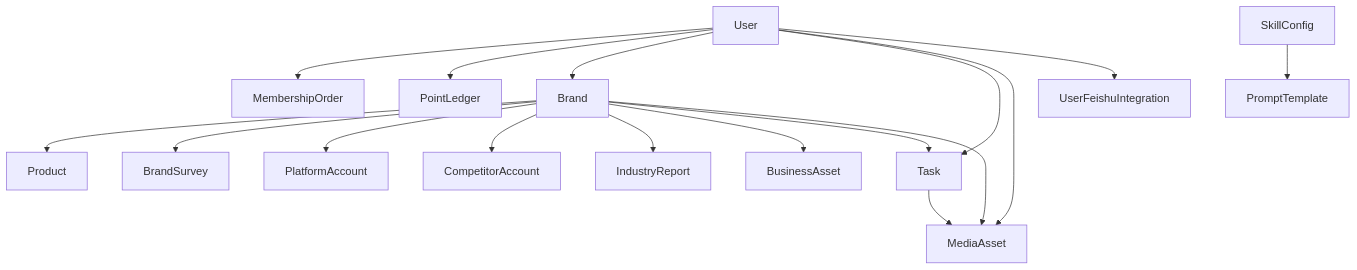
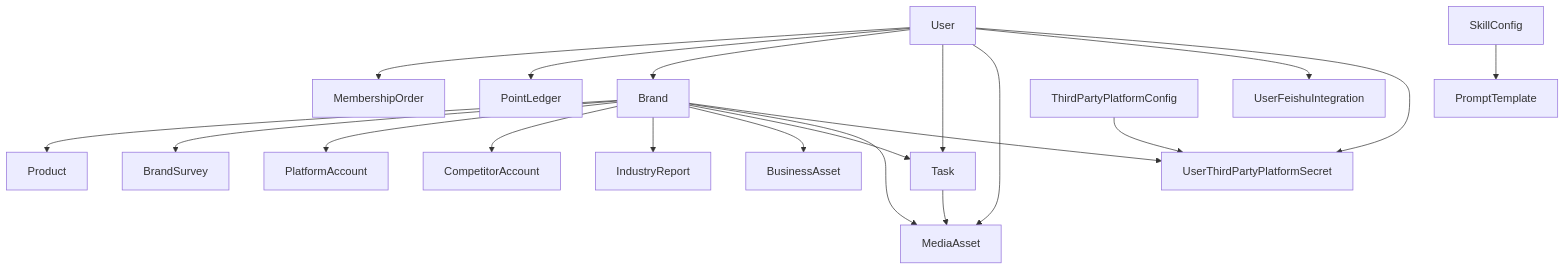
One commit to Depthukesh/ai-omni-ops-system changed diagram 11 of 12 in docs/site-map-mermaid.md. Above: the diagram before and after it, drawn with Mermaid. The commit also changed other lines of this file and 17 other files, not shown here.

Commit message:
feat: add third-party platform config center

````diff
--- a/docs/site-map-mermaid.md
+++ b/docs/site-map-mermaid.md
@@ -519,37 +525,42 @@
 ```mermaid
 flowchart TD
     U["User"]
     MO["MembershipOrder"]
     PL["PointLedger"]
     B["Brand"]
     P["Product"]
     BS["BrandSurvey"]
     PA["PlatformAccount"]
     CA["CompetitorAccount"]
     IR["IndustryReport"]
     BA["BusinessAsset"]
     T["Task"]
     MA["MediaAsset"]
     FI["UserFeishuIntegration"]
     SC["SkillConfig"]
     PT["PromptTemplate"]
+    TP["ThirdPartyPlatformConfig"]
+    TPS["UserThirdPartyPlatformSecret"]
 
     U --> MO
     U --> PL
     U --> B
     U --> T
     U --> MA
     U --> FI
+    U --> TPS
 
     B --> P
     B --> BS
     B --> PA
     B --> CA
     B --> IR
     B --> BA
     B --> T
     B --> MA
+    B --> TPS
 
     T --> MA
     SC --> PT
+    TP --> TPS
 ```
````
